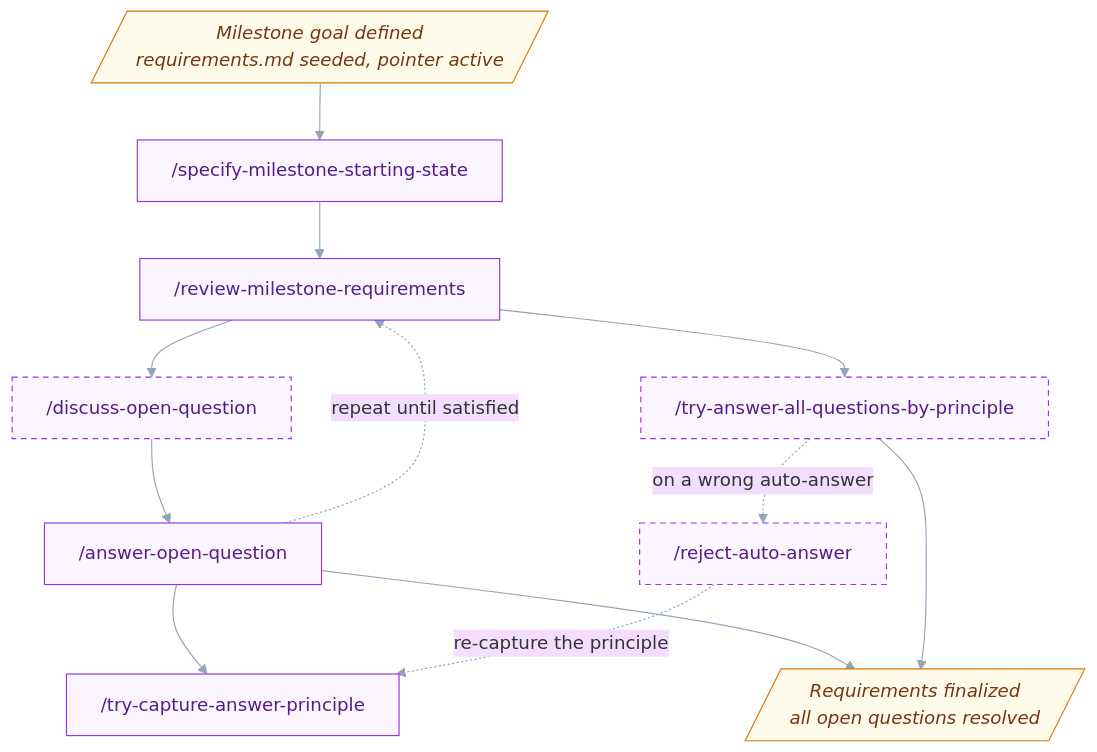
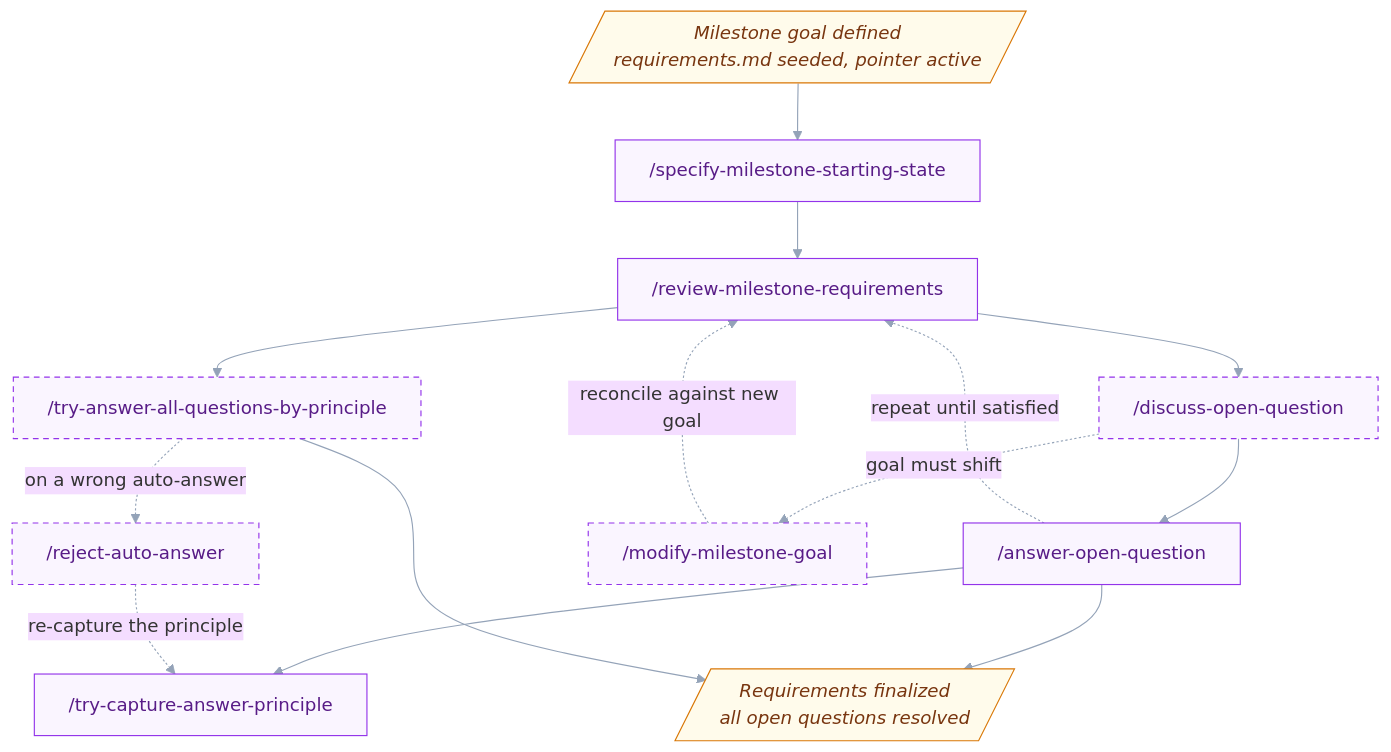
The third of 6 diagrams in README.md (uHappyLogic/cairn), drawn with Mermaid before and after one commit. The commit also changed other lines of this file and 7 other files, not shown here.

````diff
--- a/README.md
+++ b/README.md
@@ -106,30 +106,33 @@
 ```mermaid
 %%{init: {'theme':'base','themeVariables':{'fontFamily':'ui-sans-serif, system-ui','lineColor':'#94a3b8','primaryBorderColor':'#475569'},'flowchart':{'wrappingWidth':9999,'curve':'basis'}}}%%
 flowchart TD
     D1[/"Milestone goal defined<br/>requirements.md seeded, pointer active"/]
     ITM0["/specify-milestone-starting-state"]
     ITM1["/review-milestone-requirements"]
     ITM3["/discuss-open-question"]
     ITM4["/answer-open-question"]
     ITM5["/try-capture-answer-principle"]
     ITM2["/try-answer-all-questions-by-principle"]
     ITM6["/reject-auto-answer"]
+    ITM7["/modify-milestone-goal"]
     D2[/"Requirements finalized<br/>all open questions resolved"/]
 
     D1 --> ITM0 --> ITM1
     ITM1 --> ITM3 --> ITM4
+    ITM3 -.->|goal must shift| ITM7
+    ITM7 -.->|reconcile against new goal| ITM1
     ITM4 --> ITM5
     ITM4 -.->|repeat until satisfied| ITM1
     ITM4 --> D2
     ITM1 --> ITM2
     ITM2 -.->|on a wrong auto-answer| ITM6
     ITM6 -.->|re-capture the principle| ITM5
     ITM2 --> D2
 
     classDef req fill:#faf5ff,stroke:#9333ea,color:#581c87;
     classDef optional stroke-dasharray:5 4;
     classDef state fill:#fffbeb,stroke:#d97706,color:#78350f,font-style:italic;
-    class ITM0,ITM1,ITM2,ITM3,ITM4,ITM5,ITM6 req;
-    class ITM2,ITM3,ITM6 optional;
+    class ITM0,ITM1,ITM2,ITM3,ITM4,ITM5,ITM6,ITM7 req;
+    class ITM2,ITM3,ITM6,ITM7 optional;
     class D1,D2 state;
 ```
````
